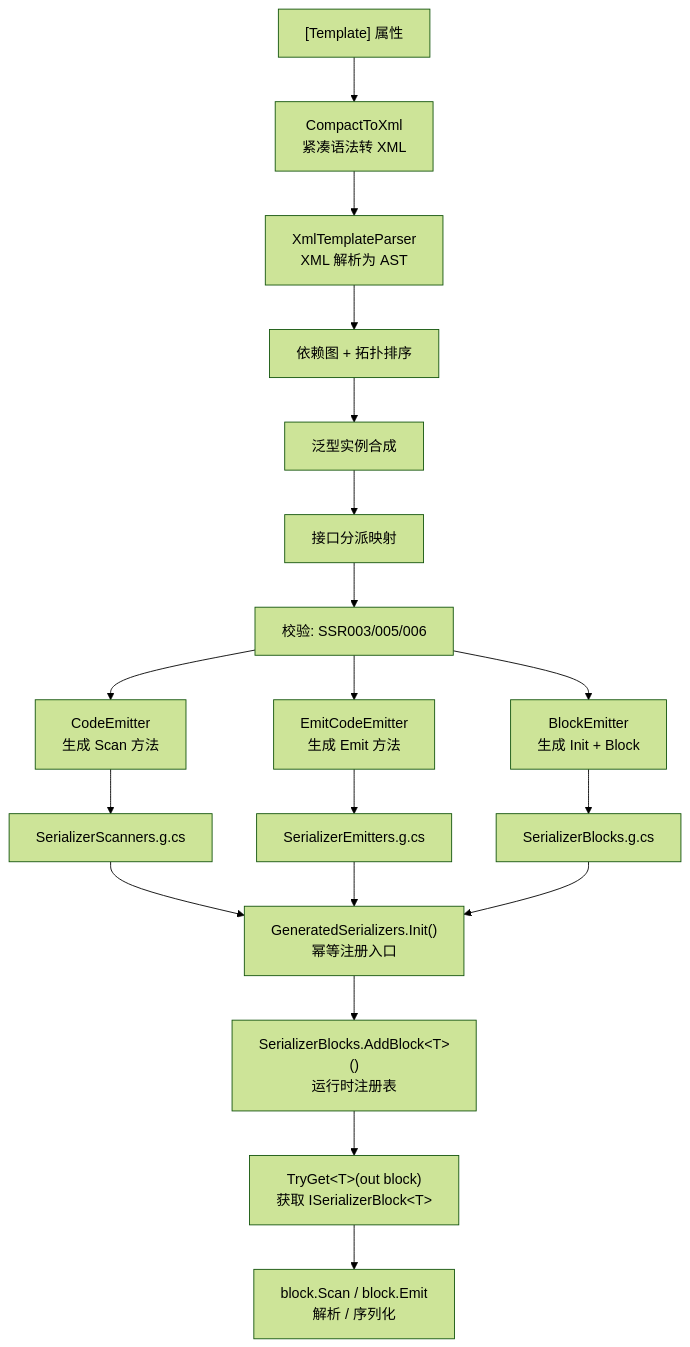
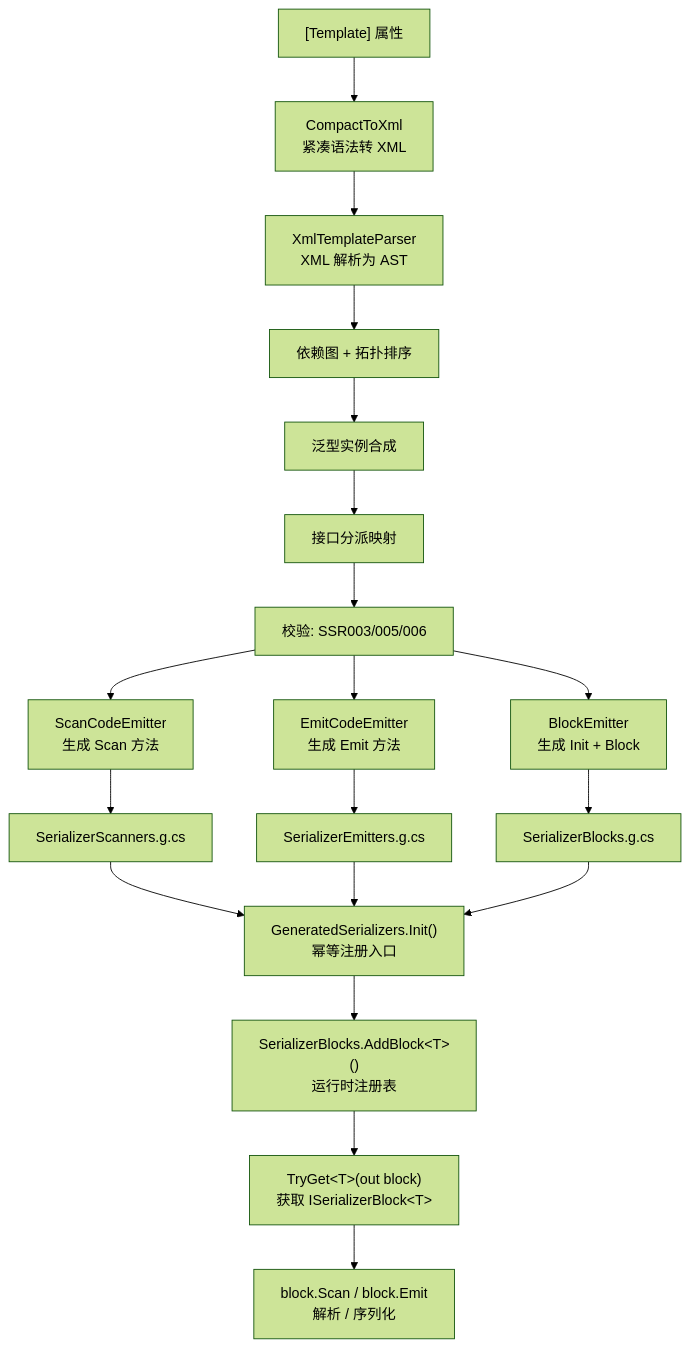
The first of 2 diagrams in docs/guide/core-concepts.md (twds0x13/SourceSerializer), drawn with Mermaid (forest theme) before and after one commit. The commit also changed 15 other files, not shown here.

````diff
--- a/docs/guide/core-concepts.md
+++ b/docs/guide/core-concepts.md
@@ -9,21 +9,21 @@
 ```mermaid
 flowchart TD
     A["[Template] 属性"] --> B["CompactToXml<br/>紧凑语法转 XML"]
     B --> C["XmlTemplateParser<br/>XML 解析为 AST"]
     C --> D["依赖图 + 拓扑排序"]
     D --> E["泛型实例合成"]
     E --> F["接口分派映射"]
     F --> G["校验: SSR003/005/006"]
-    G --> H["CodeEmitter<br/>生成 Scan 方法"]
+    G --> H["ScanCodeEmitter<br/>生成 Scan 方法"]
     G --> I["EmitCodeEmitter<br/>生成 Emit 方法"]
     G --> J["BlockEmitter<br/>生成 Init + Block"]
     H --> K["SerializerScanners.g.cs"]
     I --> L["SerializerEmitters.g.cs"]
     J --> M["SerializerBlocks.g.cs"]
     K --> N["GeneratedSerializers.Init()<br/>幂等注册入口"]
     L --> N
     M --> N
     N --> O["SerializerBlocks.AddBlock&lt;T&gt;()<br/>运行时注册表"]
     O --> P["TryGet&lt;T&gt;(out block)<br/>获取 ISerializerBlock&lt;T&gt;"]
     P --> Q["block.Scan / block.Emit<br/>解析 / 序列化"]
 ```
````
